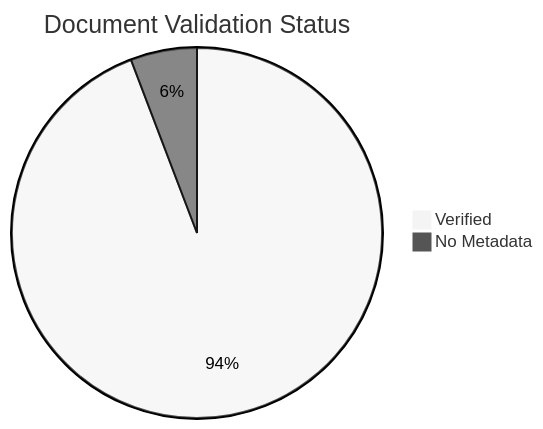
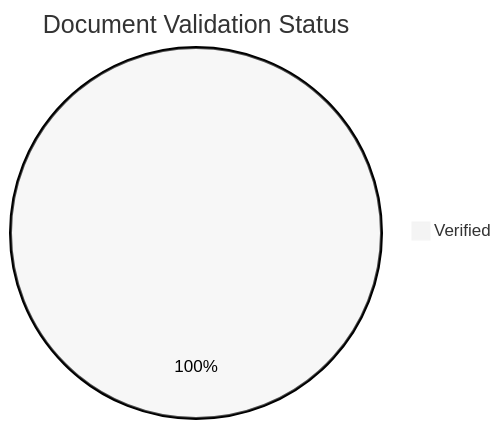
Before and after one commit to yeongseon/azure-functions-practical-guide: the diagram in docs/reference/content-validation-status.md, drawn with Mermaid (neutral theme). The commit also changed other lines of this file and 28 other files, not shown here.

````diff
--- a/docs/reference/content-validation-status.md
+++ b/docs/reference/content-validation-status.md
@@ -23,5 +23,4 @@
 ```mermaid
 pie title Document Validation Status
-    "Verified" : 65
-    "No Metadata" : 4
+    "Verified" : 68
 ```
````
